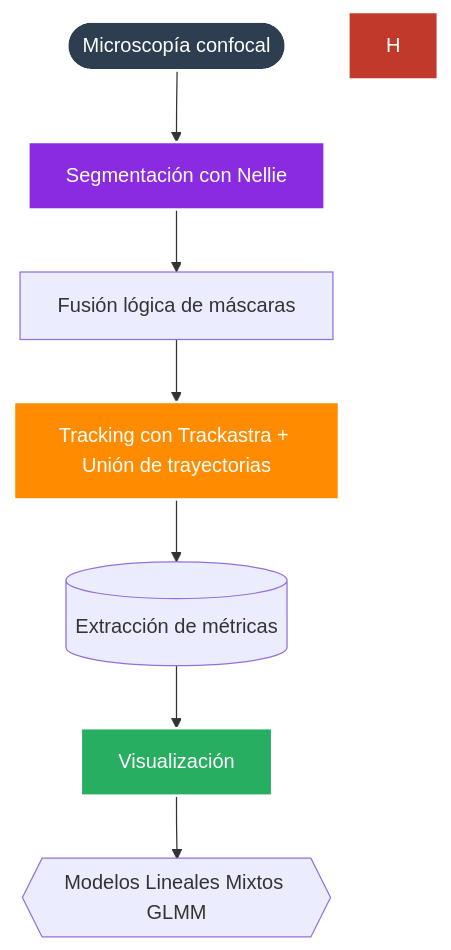
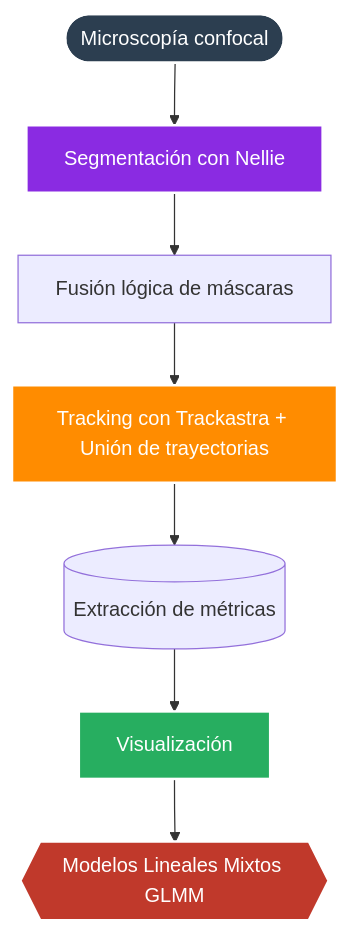
Before and after one commit to lorenzocastror/Anexo-TFG: the diagram in README.md, drawn with Mermaid.

````diff
--- a/README.md
+++ b/README.md
@@ -12,17 +12,17 @@
 ```mermaid
 graph TD
     %% Nodos de la secuencia
     A([Microscopía confocal]) --> B[Segmentación con Nellie]
     B --> C[Fusión lógica de máscaras]
     C --> D[Tracking con Trackastra + Unión de trayectorias]
     D --> E[(Extracción de métricas)]
     E --> F[Visualización]
     F --> G{{Modelos Lineales Mixtos GLMM}}
 
     %% Estilos de color para jerarquizar visualmente el flujo
     style A fill:#2c3e50,stroke:#fff,stroke-width:2px,color:#fff
     style B fill:#8a2be2,stroke:#fff,stroke-width:2px,color:#fff
     style D fill:#ff8c00,stroke:#fff,stroke-width:2px,color:#fff
     style F fill:#27ae60,stroke:#fff,stroke-width:2px,color:#fff
-    style H fill:#c0392b,stroke:#fff,stroke-width:2px,color:#fff
+    style G fill:#c0392b,stroke:#fff,stroke-width:2px,color:#fff
 ```
````
